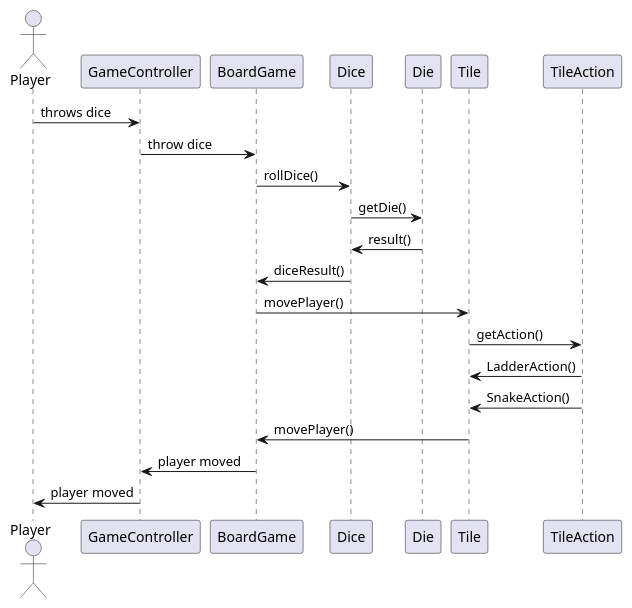
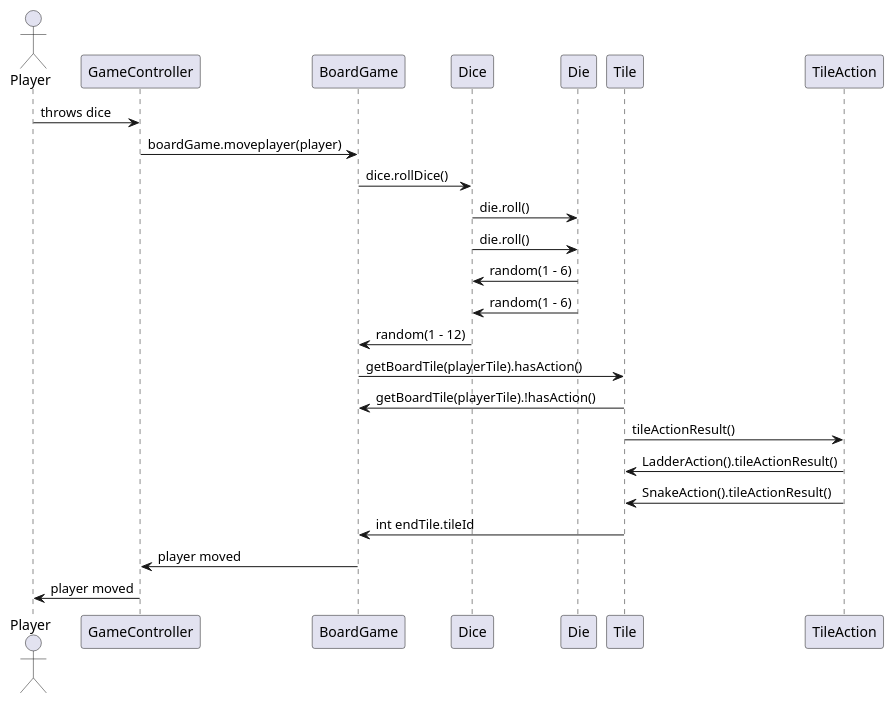
Before and after one commit to SindreJB/IDATT2003-group8: the diagram in playerPlaySequence.puml, drawn with PlantUML. The commit also changed 4 other files, not shown here.

Commit message:
refactor(TileAction): made TileAction interface use tileId instaed of tile

```diff
--- a/playerPlaySequence.puml
+++ b/playerPlaySequence.puml
@@ -1,24 +1,27 @@
 @startuml Sequence Diagram
 actor Player
 participant GameController
 participant BoardGame
 participant Dice
 participant Die
 participant Tile
 participant TileAction
 
 
 Player -> GameController: throws dice
-GameController -> BoardGame: throw dice
-BoardGame -> Dice: rollDice()
-Dice -> Die: getDie()
-Dice <- Die: result()
-BoardGame <- Dice: diceResult()
-BoardGame -> Tile: movePlayer()
-Tile -> TileAction: getAction()
-Tile <- TileAction: LadderAction()
-Tile <- TileAction: SnakeAction()
-BoardGame <- Tile: movePlayer()
+GameController -> BoardGame: boardGame.moveplayer(player)
+BoardGame -> Dice: dice.rollDice()
+Dice -> Die: die.roll()
+Dice -> Die: die.roll()
+Dice <- Die: random(1 - 6)
+Dice <- Die: random(1 - 6)
+BoardGame <- Dice: random(1 - 12)
+BoardGame -> Tile: getBoardTile(playerTile).hasAction()
+BoardGame <- Tile: getBoardTile(playerTile).!hasAction()
+Tile -> TileAction: tileActionResult()
+Tile <- TileAction: LadderAction().tileActionResult()
+Tile <- TileAction: SnakeAction().tileActionResult()
+BoardGame <- Tile: int endTile.tileId
 GameController <- BoardGame: player moved
 Player <- GameController: player moved
 @enduml
```
